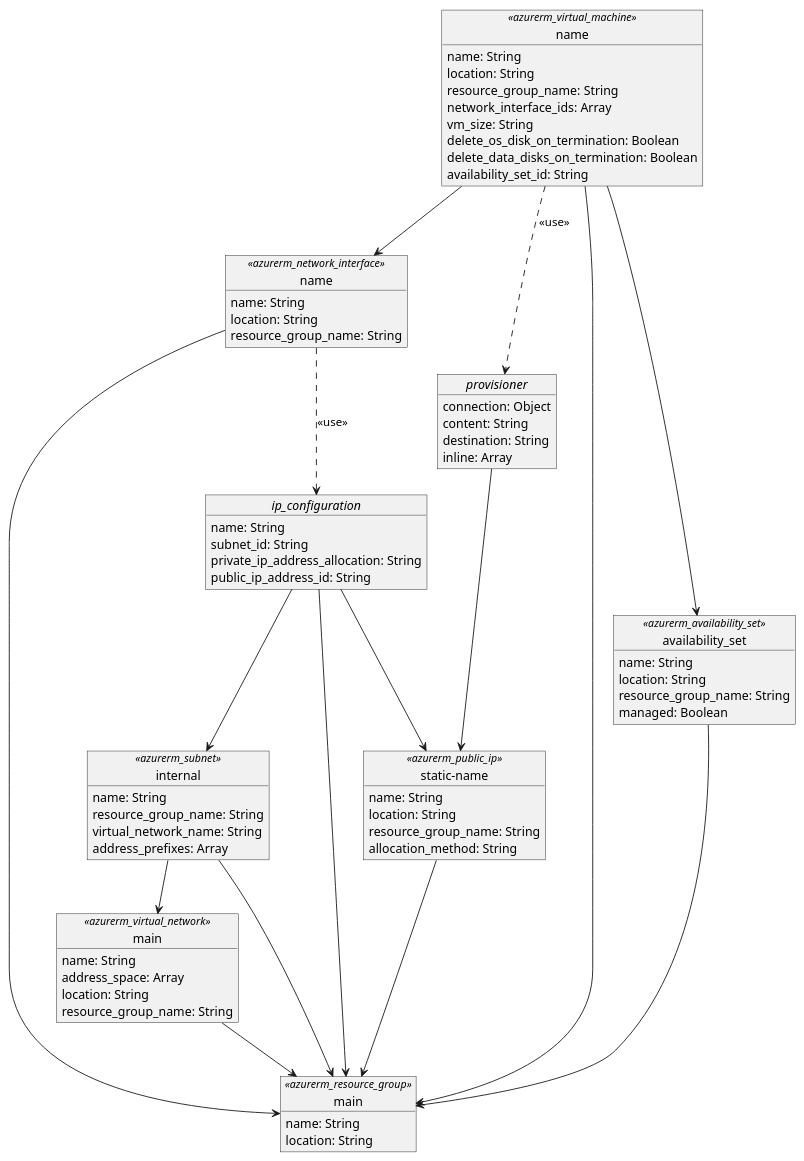
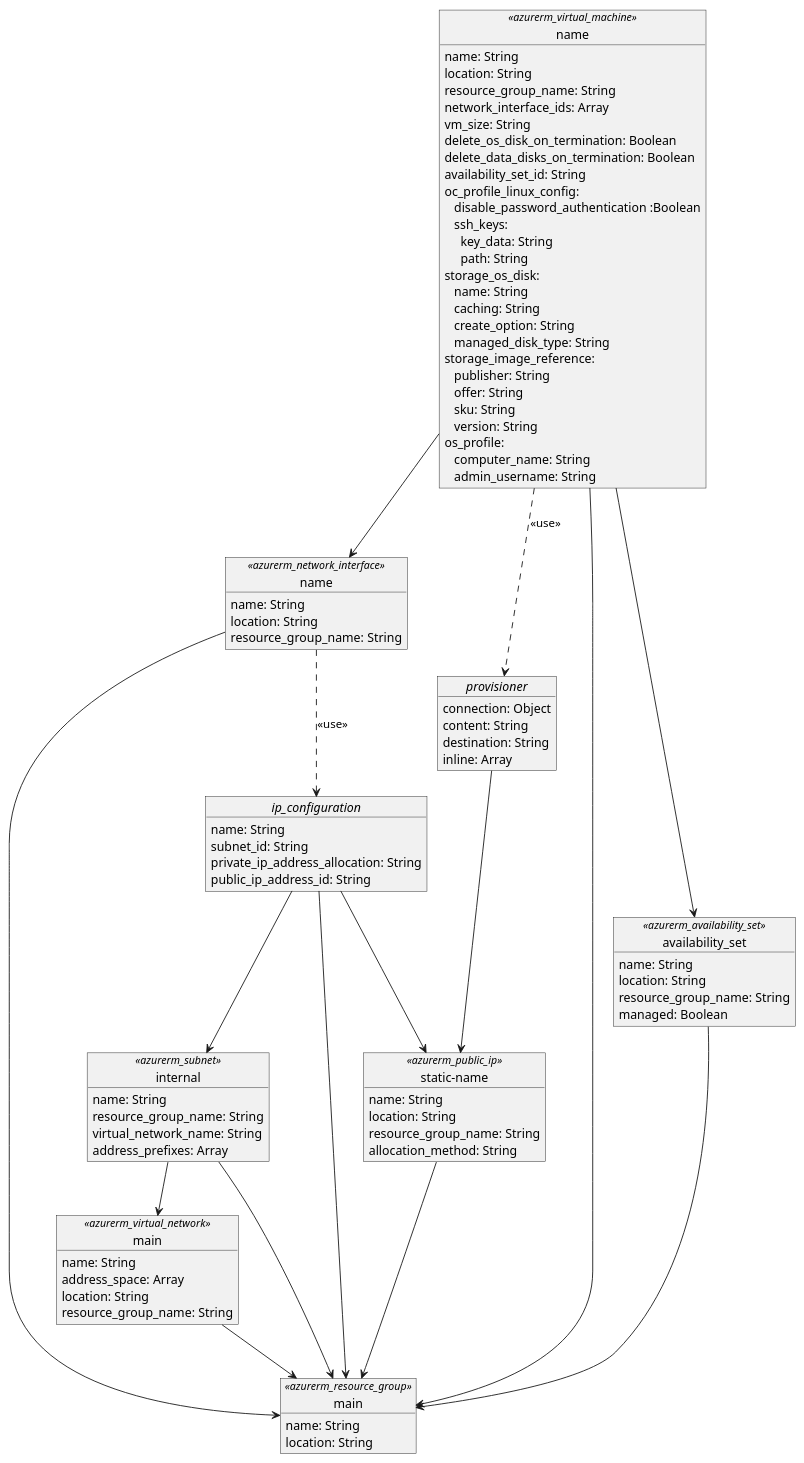
One commit to tasiomendez/iac-modelling changed the diagram in plantuml/azure/terraform.plantuml. Above: the diagram before and after it, drawn with PlantUML.

Commit message:
Terraform @ Azure updated

```diff
--- a/plantuml/azure/terraform.plantuml
+++ b/plantuml/azure/terraform.plantuml
@@ -1,128 +1,115 @@
 @startuml terraform
 
 ' Design Configuration
 skinparam monochrome true
 skinparam tabSize 2
 
 ' Network Layer
 object "name" as network_interface <<azurerm_network_interface>> {
     name: String
     location: String
     resource_group_name: String
 }
 
 object "main" as virtual_network <<azurerm_virtual_network>> {
     name: String
     address_space: Array
     location: String
     resource_group_name: String
 }
 
 object "internal" as subnet <<azurerm_subnet>> {
     name: String
     resource_group_name: String
     virtual_network_name: String
     address_prefixes: Array
 }
 
 object "static-name" as static_public_ip <<azurerm_public_ip>> {
     name: String
     location: String
     resource_group_name: String
     allocation_method: String
 }
 
 object "//ip_configuration//" as ip_configuration {
     name: String
     subnet_id: String
     private_ip_address_allocation: String
     public_ip_address_id: String
 }
 
 ' Virtual Machines
 object "name" as vm <<azurerm_virtual_machine>> {
     name: String
     location: String
     resource_group_name: String
     network_interface_ids: Array
     vm_size: String
     delete_os_disk_on_termination: Boolean
     delete_data_disks_on_termination: Boolean
     availability_set_id: String
+    oc_profile_linux_config:
+        \t disable_password_authentication :Boolean
+        \t ssh_keys:
+            \t \t key_data: String
+            \t \t path: String
+    storage_os_disk:
+        \t name: String
+        \t caching: String
+        \t create_option: String
+        \t managed_disk_type: String
+    storage_image_reference:
+        \t publisher: String
+        \t offer: String
+        \t sku: String
+        \t version: String
+    os_profile:
+        \t computer_name: String
+        \t admin_username: String
+
 }
 
 object "//provisioner//" as provisioner {
     connection: Object
     content: String
     destination: String
     inline: Array
 }
-
-/'
-object "//os_profile_linux_config//" as os_profile_linux_config {
-    disable_password_authentication :Boolean
-    ssh_keys: Object
-}
-
-object "//storage_os_disk//" as storage_os_disk {
-    name: String
-    caching: String
-    create_option: String
-    managed_disk_type: String
-}
-
-object "//storage_image_reference//" as storage_image_reference {
-    publisher: String
-    offer: String
-    sku: String
-    version: String
-}
-
-object "//os_profile//" as os_profile {
-    computer_name: String
-    admin_username: String
-}
-'/
 
 object "main" as resource_group <<azurerm_resource_group>> {
     name: String
     location: String
 }
 
 object "availability_set" as availability_set <<azurerm_availability_set>> {
     name: String
     location: String
     resource_group_name: String
     managed: Boolean
 }
 
 ' Relationships
 network_interface --> resource_group
 virtual_network --> resource_group
 subnet --> resource_group
 vm --> resource_group
 availability_set --> resource_group
 static_public_ip --> resource_group
 ip_configuration --> resource_group
 
-/'
-vm ..> os_profile_linux_config : <<use>>
-vm ..> storage_image_reference : <<use>>
-vm ..> os_profile : <<use>>
-vm ..> storage_os_disk : <<use>>
-'/
 vm ..> provisioner : <<use>>
 
 vm --> availability_set
 vm --> network_interface
 
 provisioner --> static_public_ip
 
 ip_configuration --> subnet
 ip_configuration --> static_public_ip
 
 network_interface ..> ip_configuration : <<use>>
 
 subnet --> virtual_network
 
 @enduml
```
